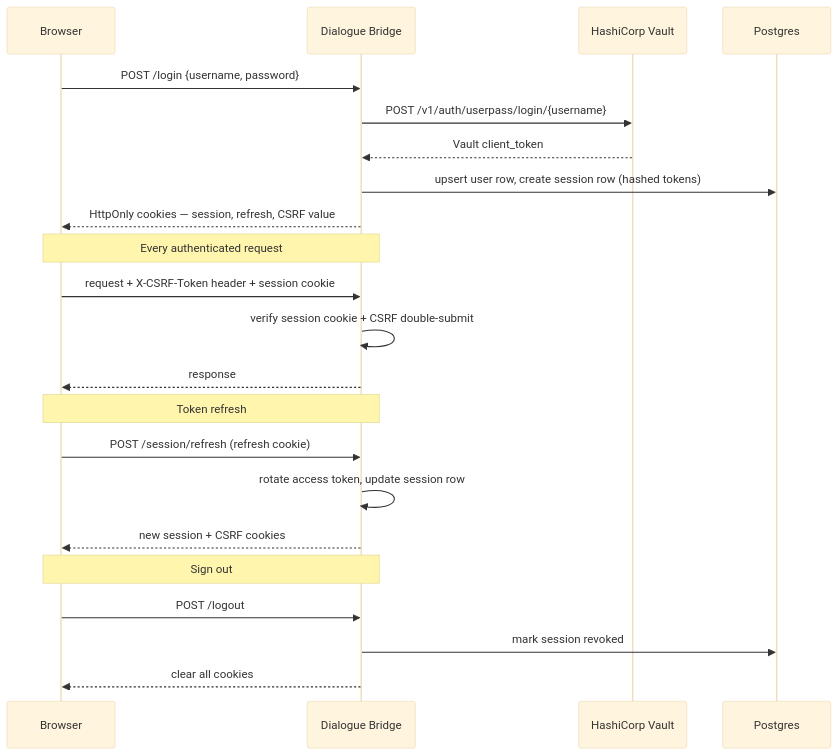
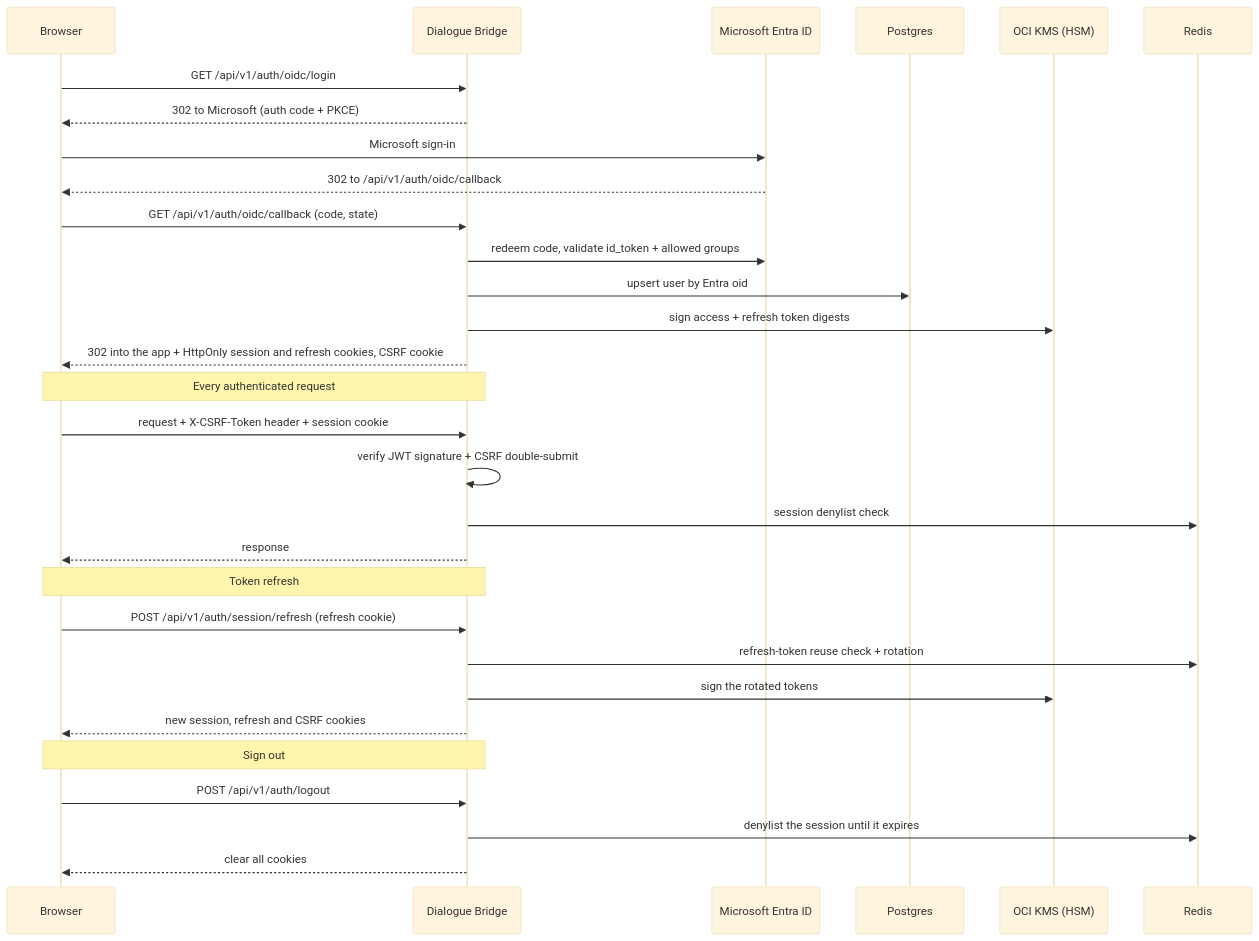
Before and after one commit to konstantinosmpouros/mAgenticX: the tenth of 10 diagrams in README.md, drawn with Mermaid (base theme). The commit also changed other lines of this file and 7 other files, not shown here.

````diff
--- a/README.md
+++ b/README.md
@@ -404,28 +494,36 @@
 ```mermaid
 sequenceDiagram
     participant B as Browser
     participant Bridge as Dialogue Bridge
-    participant Vault as HashiCorp Vault
+    participant E as Microsoft Entra ID
     participant PG as Postgres
+    participant K as OCI KMS (HSM)
+    participant R as Redis
 
-    B->>Bridge: POST /login {username, password}
-    Bridge->>Vault: POST /v1/auth/userpass/login/{username}
-    Vault-->>Bridge: Vault client_token
-    Bridge->>PG: upsert user row, create session row (hashed tokens)
-    Bridge-->>B: HttpOnly cookies — session, refresh, CSRF value
+    B->>Bridge: GET /api/v1/auth/oidc/login
+    Bridge-->>B: 302 to Microsoft (auth code + PKCE)
+    B->>E: Microsoft sign-in
+    E-->>B: 302 to /api/v1/auth/oidc/callback
+    B->>Bridge: GET /api/v1/auth/oidc/callback (code, state)
+    Bridge->>E: redeem code, validate id_token + allowed groups
+    Bridge->>PG: upsert user by Entra oid
+    Bridge->>K: sign access + refresh token digests
+    Bridge-->>B: 302 into the app + HttpOnly session and refresh cookies, CSRF cookie
 
     Note over B,Bridge: Every authenticated request
     B->>Bridge: request + X-CSRF-Token header + session cookie
-    Bridge->>Bridge: verify session cookie + CSRF double-submit
+    Bridge->>Bridge: verify JWT signature + CSRF double-submit
+    Bridge->>R: session denylist check
     Bridge-->>B: response
 
     Note over B,Bridge: Token refresh
-    B->>Bridge: POST /session/refresh (refresh cookie)
-    Bridge->>Bridge: rotate access token, update session row
-    Bridge-->>B: new session + CSRF cookies
+    B->>Bridge: POST /api/v1/auth/session/refresh (refresh cookie)
+    Bridge->>R: refresh-token reuse check + rotation
+    Bridge->>K: sign the rotated tokens
+    Bridge-->>B: new session, refresh and CSRF cookies
 
     Note over B,Bridge: Sign out
-    B->>Bridge: POST /logout
-    Bridge->>PG: mark session revoked
+    B->>Bridge: POST /api/v1/auth/logout
+    Bridge->>R: denylist the session until it expires
     Bridge-->>B: clear all cookies
 ```
````
